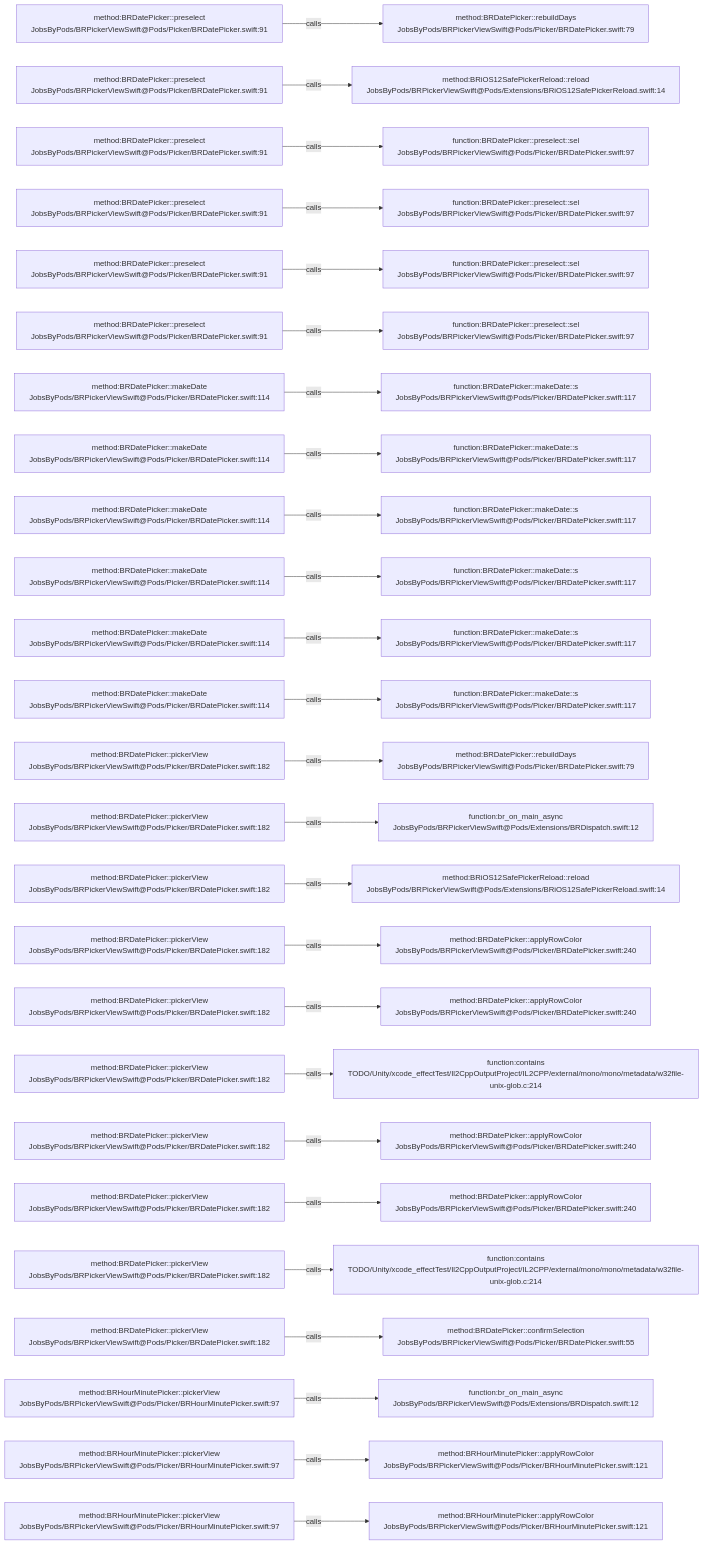
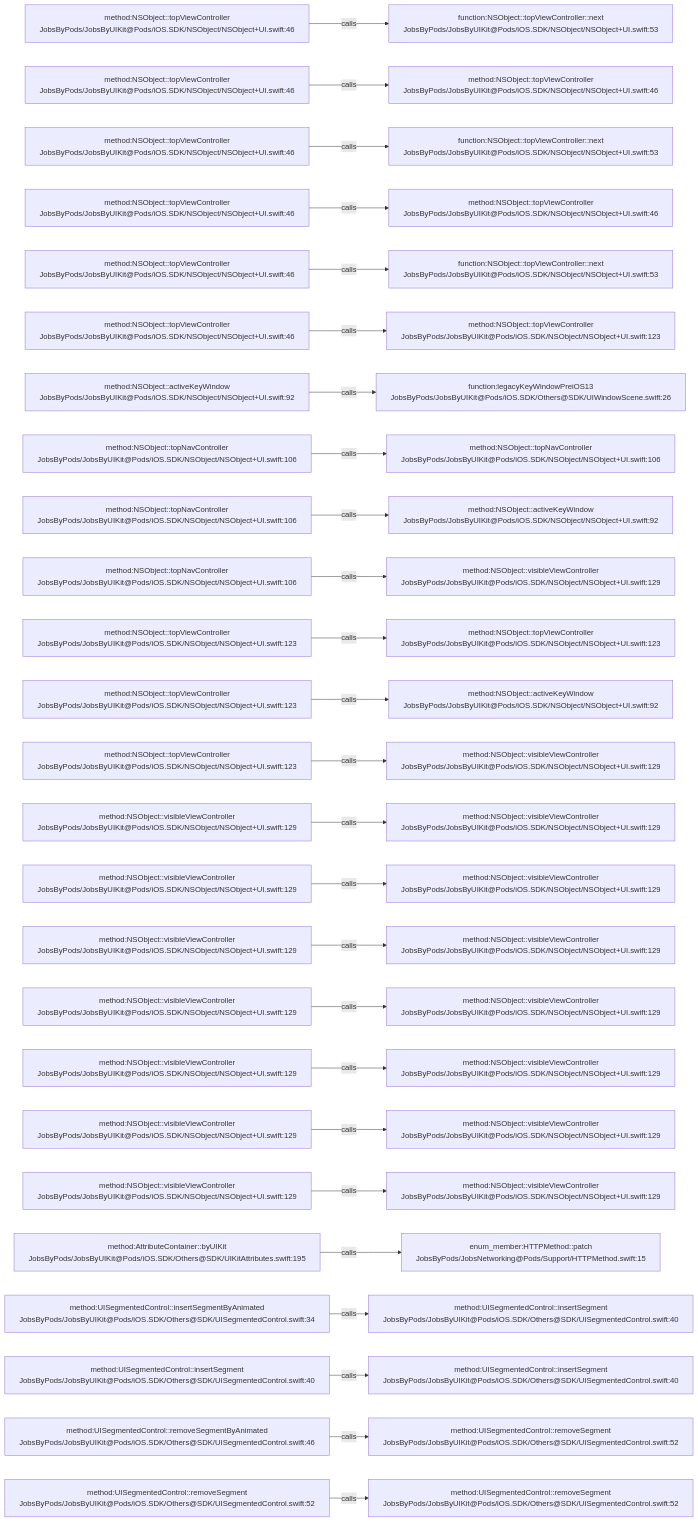
The diagram in .codegraph/codegraph.md/graphs/calls-002.md (JobsKits/JobsSwiftBaseConfigDemo), drawn with Mermaid before and after one commit. The commit also changed 227 other files, not shown here.

````diff
--- a/.codegraph/codegraph.md/graphs/calls-002.md
+++ b/.codegraph/codegraph.md/graphs/calls-002.md
@@ -13,78 +13,78 @@
 ```mermaid
 flowchart LR
-  S1["method:BRDatePicker::preselect<br/>JobsByPods/BRPickerViewSwift@Pods/Picker/BRDatePicker.swift:91"]
-  T1["method:BRDatePicker::rebuildDays<br/>JobsByPods/BRPickerViewSwift@Pods/Picker/BRDatePicker.swift:79"]
+  S1["method:NSObject::topViewController<br/>JobsByPods/JobsByUIKit@Pods/iOS.SDK/NSObject/NSObject+UI.swift:46"]
+  T1["function:NSObject::topViewController::next<br/>JobsByPods/JobsByUIKit@Pods/iOS.SDK/NSObject/NSObject+UI.swift:53"]
   S1 -->|calls| T1
-  S2["method:BRDatePicker::preselect<br/>JobsByPods/BRPickerViewSwift@Pods/Picker/BRDatePicker.swift:91"]
-  T2["method:BRiOS12SafePickerReload::reload<br/>JobsByPods/BRPickerViewSwift@Pods/Extensions/BRiOS12SafePickerReload.swift:14"]
+  S2["method:NSObject::topViewController<br/>JobsByPods/JobsByUIKit@Pods/iOS.SDK/NSObject/NSObject+UI.swift:46"]
+  T2["method:NSObject::topViewController<br/>JobsByPods/JobsByUIKit@Pods/iOS.SDK/NSObject/NSObject+UI.swift:46"]
   S2 -->|calls| T2
-  S3["method:BRDatePicker::preselect<br/>JobsByPods/BRPickerViewSwift@Pods/Picker/BRDatePicker.swift:91"]
-  T3["function:BRDatePicker::preselect::sel<br/>JobsByPods/BRPickerViewSwift@Pods/Picker/BRDatePicker.swift:97"]
+  S3["method:NSObject::topViewController<br/>JobsByPods/JobsByUIKit@Pods/iOS.SDK/NSObject/NSObject+UI.swift:46"]
+  T3["function:NSObject::topViewController::next<br/>JobsByPods/JobsByUIKit@Pods/iOS.SDK/NSObject/NSObject+UI.swift:53"]
   S3 -->|calls| T3
-  S4["method:BRDatePicker::preselect<br/>JobsByPods/BRPickerViewSwift@Pods/Picker/BRDatePicker.swift:91"]
-  T4["function:BRDatePicker::preselect::sel<br/>JobsByPods/BRPickerViewSwift@Pods/Picker/BRDatePicker.swift:97"]
+  S4["method:NSObject::topViewController<br/>JobsByPods/JobsByUIKit@Pods/iOS.SDK/NSObject/NSObject+UI.swift:46"]
+  T4["method:NSObject::topViewController<br/>JobsByPods/JobsByUIKit@Pods/iOS.SDK/NSObject/NSObject+UI.swift:46"]
   S4 -->|calls| T4
-  S5["method:BRDatePicker::preselect<br/>JobsByPods/BRPickerViewSwift@Pods/Picker/BRDatePicker.swift:91"]
-  T5["function:BRDatePicker::preselect::sel<br/>JobsByPods/BRPickerViewSwift@Pods/Picker/BRDatePicker.swift:97"]
+  S5["method:NSObject::topViewController<br/>JobsByPods/JobsByUIKit@Pods/iOS.SDK/NSObject/NSObject+UI.swift:46"]
+  T5["function:NSObject::topViewController::next<br/>JobsByPods/JobsByUIKit@Pods/iOS.SDK/NSObject/NSObject+UI.swift:53"]
   S5 -->|calls| T5
-  S6["method:BRDatePicker::preselect<br/>JobsByPods/BRPickerViewSwift@Pods/Picker/BRDatePicker.swift:91"]
-  T6["function:BRDatePicker::preselect::sel<br/>JobsByPods/BRPickerViewSwift@Pods/Picker/BRDatePicker.swift:97"]
+  S6["method:NSObject::topViewController<br/>JobsByPods/JobsByUIKit@Pods/iOS.SDK/NSObject/NSObject+UI.swift:46"]
+  T6["method:NSObject::topViewController<br/>JobsByPods/JobsByUIKit@Pods/iOS.SDK/NSObject/NSObject+UI.swift:123"]
   S6 -->|calls| T6
-  S7["method:BRDatePicker::makeDate<br/>JobsByPods/BRPickerViewSwift@Pods/Picker/BRDatePicker.swift:114"]
-  T7["function:BRDatePicker::makeDate::s<br/>JobsByPods/BRPickerViewSwift@Pods/Picker/BRDatePicker.swift:117"]
+  S7["method:NSObject::activeKeyWindow<br/>JobsByPods/JobsByUIKit@Pods/iOS.SDK/NSObject/NSObject+UI.swift:92"]
+  T7["function:legacyKeyWindowPreiOS13<br/>JobsByPods/JobsByUIKit@Pods/iOS.SDK/Others@SDK/UIWindowScene.swift:26"]
   S7 -->|calls| T7
-  S8["method:BRDatePicker::makeDate<br/>JobsByPods/BRPickerViewSwift@Pods/Picker/BRDatePicker.swift:114"]
-  T8["function:BRDatePicker::makeDate::s<br/>JobsByPods/BRPickerViewSwift@Pods/Picker/BRDatePicker.swift:117"]
+  S8["method:NSObject::topNavController<br/>JobsByPods/JobsByUIKit@Pods/iOS.SDK/NSObject/NSObject+UI.swift:106"]
+  T8["method:NSObject::topNavController<br/>JobsByPods/JobsByUIKit@Pods/iOS.SDK/NSObject/NSObject+UI.swift:106"]
   S8 -->|calls| T8
-  S9["method:BRDatePicker::makeDate<br/>JobsByPods/BRPickerViewSwift@Pods/Picker/BRDatePicker.swift:114"]
-  T9["function:BRDatePicker::makeDate::s<br/>JobsByPods/BRPickerViewSwift@Pods/Picker/BRDatePicker.swift:117"]
+  S9["method:NSObject::topNavController<br/>JobsByPods/JobsByUIKit@Pods/iOS.SDK/NSObject/NSObject+UI.swift:106"]
+  T9["method:NSObject::activeKeyWindow<br/>JobsByPods/JobsByUIKit@Pods/iOS.SDK/NSObject/NSObject+UI.swift:92"]
   S9 -->|calls| T9
-  S10["method:BRDatePicker::makeDate<br/>JobsByPods/BRPickerViewSwift@Pods/Picker/BRDatePicker.swift:114"]
-  T10["function:BRDatePicker::makeDate::s<br/>JobsByPods/BRPickerViewSwift@Pods/Picker/BRDatePicker.swift:117"]
+  S10["method:NSObject::topNavController<br/>JobsByPods/JobsByUIKit@Pods/iOS.SDK/NSObject/NSObject+UI.swift:106"]
+  T10["method:NSObject::visibleViewController<br/>JobsByPods/JobsByUIKit@Pods/iOS.SDK/NSObject/NSObject+UI.swift:129"]
   S10 -->|calls| T10
-  S11["method:BRDatePicker::makeDate<br/>JobsByPods/BRPickerViewSwift@Pods/Picker/BRDatePicker.swift:114"]
-  T11["function:BRDatePicker::makeDate::s<br/>JobsByPods/BRPickerViewSwift@Pods/Picker/BRDatePicker.swift:117"]
+  S11["method:NSObject::topViewController<br/>JobsByPods/JobsByUIKit@Pods/iOS.SDK/NSObject/NSObject+UI.swift:123"]
+  T11["method:NSObject::topViewController<br/>JobsByPods/JobsByUIKit@Pods/iOS.SDK/NSObject/NSObject+UI.swift:123"]
   S11 -->|calls| T11
-  S12["method:BRDatePicker::makeDate<br/>JobsByPods/BRPickerViewSwift@Pods/Picker/BRDatePicker.swift:114"]
-  T12["function:BRDatePicker::makeDate::s<br/>JobsByPods/BRPickerViewSwift@Pods/Picker/BRDatePicker.swift:117"]
+  S12["method:NSObject::topViewController<br/>JobsByPods/JobsByUIKit@Pods/iOS.SDK/NSObject/NSObject+UI.swift:123"]
+  T12["method:NSObject::activeKeyWindow<br/>JobsByPods/JobsByUIKit@Pods/iOS.SDK/NSObject/NSObject+UI.swift:92"]
   S12 -->|calls| T12
-  S13["method:BRDatePicker::pickerView<br/>JobsByPods/BRPickerViewSwift@Pods/Picker/BRDatePicker.swift:182"]
-  T13["method:BRDatePicker::rebuildDays<br/>JobsByPods/BRPickerViewSwift@Pods/Picker/BRDatePicker.swift:79"]
+  S13["method:NSObject::topViewController<br/>JobsByPods/JobsByUIKit@Pods/iOS.SDK/NSObject/NSObject+UI.swift:123"]
+  T13["method:NSObject::visibleViewController<br/>JobsByPods/JobsByUIKit@Pods/iOS.SDK/NSObject/NSObject+UI.swift:129"]
   S13 -->|calls| T13
-  S14["method:BRDatePicker::pickerView<br/>JobsByPods/BRPickerViewSwift@Pods/Picker/BRDatePicker.swift:182"]
-  T14["function:br_on_main_async<br/>JobsByPods/BRPickerViewSwift@Pods/Extensions/BRDispatch.swift:12"]
+  S14["method:NSObject::visibleViewController<br/>JobsByPods/JobsByUIKit@Pods/iOS.SDK/NSObject/NSObject+UI.swift:129"]
+  T14["method:NSObject::visibleViewController<br/>JobsByPods/JobsByUIKit@Pods/iOS.SDK/NSObject/NSObject+UI.swift:129"]
   S14 -->|calls| T14
-  S15["method:BRDatePicker::pickerView<br/>JobsByPods/BRPickerViewSwift@Pods/Picker/BRDatePicker.swift:182"]
-  T15["method:BRiOS12SafePickerReload::reload<br/>JobsByPods/BRPickerViewSwift@Pods/Extensions/BRiOS12SafePickerReload.swift:14"]
+  S15["method:NSObject::visibleViewController<br/>JobsByPods/JobsByUIKit@Pods/iOS.SDK/NSObject/NSObject+UI.swift:129"]
+  T15["method:NSObject::visibleViewController<br/>JobsByPods/JobsByUIKit@Pods/iOS.SDK/NSObject/NSObject+UI.swift:129"]
   S15 -->|calls| T15
-  S16["method:BRDatePicker::pickerView<br/>JobsByPods/BRPickerViewSwift@Pods/Picker/BRDatePicker.swift:182"]
-  T16["method:BRDatePicker::applyRowColor<br/>JobsByPods/BRPickerViewSwift@Pods/Picker/BRDatePicker.swift:240"]
+  S16["method:NSObject::visibleViewController<br/>JobsByPods/JobsByUIKit@Pods/iOS.SDK/NSObject/NSObject+UI.swift:129"]
+  T16["method:NSObject::visibleViewController<br/>JobsByPods/JobsByUIKit@Pods/iOS.SDK/NSObject/NSObject+UI.swift:129"]
   S16 -->|calls| T16
-  S17["method:BRDatePicker::pickerView<br/>JobsByPods/BRPickerViewSwift@Pods/Picker/BRDatePicker.swift:182"]
-  T17["method:BRDatePicker::applyRowColor<br/>JobsByPods/BRPickerViewSwift@Pods/Picker/BRDatePicker.swift:240"]
+  S17["method:NSObject::visibleViewController<br/>JobsByPods/JobsByUIKit@Pods/iOS.SDK/NSObject/NSObject+UI.swift:129"]
+  T17["method:NSObject::visibleViewController<br/>JobsByPods/JobsByUIKit@Pods/iOS.SDK/NSObject/NSObject+UI.swift:129"]
   S17 -->|calls| T17
-  S18["method:BRDatePicker::pickerView<br/>JobsByPods/BRPickerViewSwift@Pods/Picker/BRDatePicker.swift:182"]
-  T18["function:contains<br/>TODO/Unity/xcode_effectTest/Il2CppOutputProject/IL2CPP/external/mono/mono/metadata/w32file-unix-glob.c:214"]
+  S18["method:NSObject::visibleViewController<br/>JobsByPods/JobsByUIKit@Pods/iOS.SDK/NSObject/NSObject+UI.swift:129"]
+  T18["method:NSObject::visibleViewController<br/>JobsByPods/JobsByUIKit@Pods/iOS.SDK/NSObject/NSObject+UI.swift:129"]
   S18 -->|calls| T18
-  S19["method:BRDatePicker::pickerView<br/>JobsByPods/BRPickerViewSwift@Pods/Picker/BRDatePicker.swift:182"]
-  T19["method:BRDatePicker::applyRowColor<br/>JobsByPods/BRPickerViewSwift@Pods/Picker/BRDatePicker.swift:240"]
+  S19["method:NSObject::visibleViewController<br/>JobsByPods/JobsByUIKit@Pods/iOS.SDK/NSObject/NSObject+UI.swift:129"]
+  T19["method:NSObject::visibleViewController<br/>JobsByPods/JobsByUIKit@Pods/iOS.SDK/NSObject/NSObject+UI.swift:129"]
   S19 -->|calls| T19
-  S20["method:BRDatePicker::pickerView<br/>JobsByPods/BRPickerViewSwift@Pods/Picker/BRDatePicker.swift:182"]
-  T20["method:BRDatePicker::applyRowColor<br/>JobsByPods/BRPickerViewSwift@Pods/Picker/BRDatePicker.swift:240"]
+  S20["method:NSObject::visibleViewController<br/>JobsByPods/JobsByUIKit@Pods/iOS.SDK/NSObject/NSObject+UI.swift:129"]
+  T20["method:NSObject::visibleViewController<br/>JobsByPods/JobsByUIKit@Pods/iOS.SDK/NSObject/NSObject+UI.swift:129"]
   S20 -->|calls| T20
-  S21["method:BRDatePicker::pickerView<br/>JobsByPods/BRPickerViewSwift@Pods/Picker/BRDatePicker.swift:182"]
-  T21["function:contains<br/>TODO/Unity/xcode_effectTest/Il2CppOutputProject/IL2CPP/external/mono/mono/metadata/w32file-unix-glob.c:214"]
+  S21["method:AttributeContainer::byUIKit<br/>JobsByPods/JobsByUIKit@Pods/iOS.SDK/Others@SDK/UIKitAttributes.swift:195"]
+  T21["enum_member:HTTPMethod::patch<br/>JobsByPods/JobsNetworking@Pods/Support/HTTPMethod.swift:15"]
   S21 -->|calls| T21
-  S22["method:BRDatePicker::pickerView<br/>JobsByPods/BRPickerViewSwift@Pods/Picker/BRDatePicker.swift:182"]
-  T22["method:BRDatePicker::confirmSelection<br/>JobsByPods/BRPickerViewSwift@Pods/Picker/BRDatePicker.swift:55"]
+  S22["method:UISegmentedControl::insertSegmentByAnimated<br/>JobsByPods/JobsByUIKit@Pods/iOS.SDK/Others@SDK/UISegmentedControl.swift:34"]
+  T22["method:UISegmentedControl::insertSegment<br/>JobsByPods/JobsByUIKit@Pods/iOS.SDK/Others@SDK/UISegmentedControl.swift:40"]
   S22 -->|calls| T22
-  S23["method:BRHourMinutePicker::pickerView<br/>JobsByPods/BRPickerViewSwift@Pods/Picker/BRHourMinutePicker.swift:97"]
-  T23["function:br_on_main_async<br/>JobsByPods/BRPickerViewSwift@Pods/Extensions/BRDispatch.swift:12"]
+  S23["method:UISegmentedControl::insertSegment<br/>JobsByPods/JobsByUIKit@Pods/iOS.SDK/Others@SDK/UISegmentedControl.swift:40"]
+  T23["method:UISegmentedControl::insertSegment<br/>JobsByPods/JobsByUIKit@Pods/iOS.SDK/Others@SDK/UISegmentedControl.swift:40"]
   S23 -->|calls| T23
-  S24["method:BRHourMinutePicker::pickerView<br/>JobsByPods/BRPickerViewSwift@Pods/Picker/BRHourMinutePicker.swift:97"]
-  T24["method:BRHourMinutePicker::applyRowColor<br/>JobsByPods/BRPickerViewSwift@Pods/Picker/BRHourMinutePicker.swift:121"]
+  S24["method:UISegmentedControl::removeSegmentByAnimated<br/>JobsByPods/JobsByUIKit@Pods/iOS.SDK/Others@SDK/UISegmentedControl.swift:46"]
+  T24["method:UISegmentedControl::removeSegment<br/>JobsByPods/JobsByUIKit@Pods/iOS.SDK/Others@SDK/UISegmentedControl.swift:52"]
   S24 -->|calls| T24
-  S25["method:BRHourMinutePicker::pickerView<br/>JobsByPods/BRPickerViewSwift@Pods/Picker/BRHourMinutePicker.swift:97"]
-  T25["method:BRHourMinutePicker::applyRowColor<br/>JobsByPods/BRPickerViewSwift@Pods/Picker/BRHourMinutePicker.swift:121"]
+  S25["method:UISegmentedControl::removeSegment<br/>JobsByPods/JobsByUIKit@Pods/iOS.SDK/Others@SDK/UISegmentedControl.swift:52"]
+  T25["method:UISegmentedControl::removeSegment<br/>JobsByPods/JobsByUIKit@Pods/iOS.SDK/Others@SDK/UISegmentedControl.swift:52"]
   S25 -->|calls| T25
 ```
````
